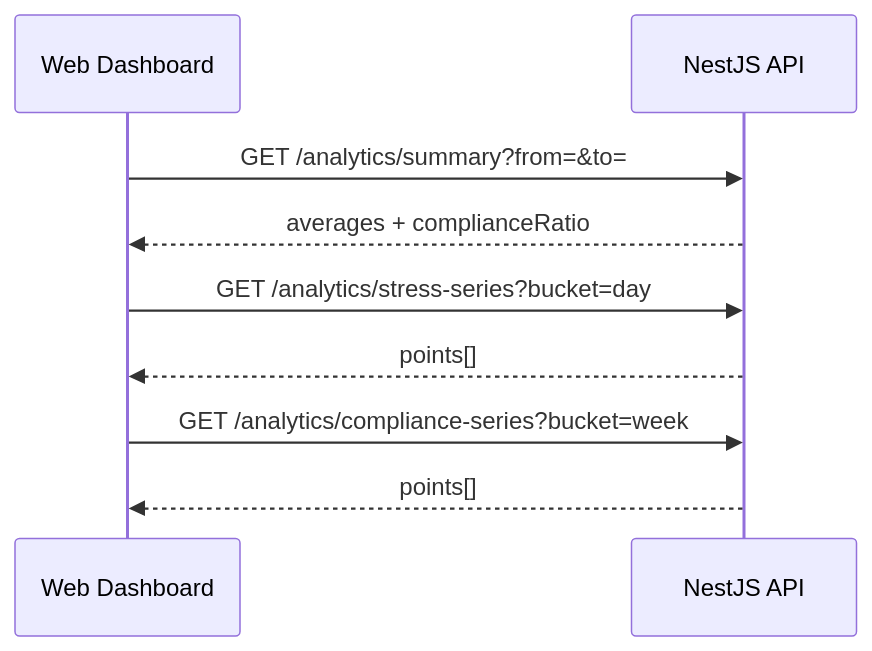
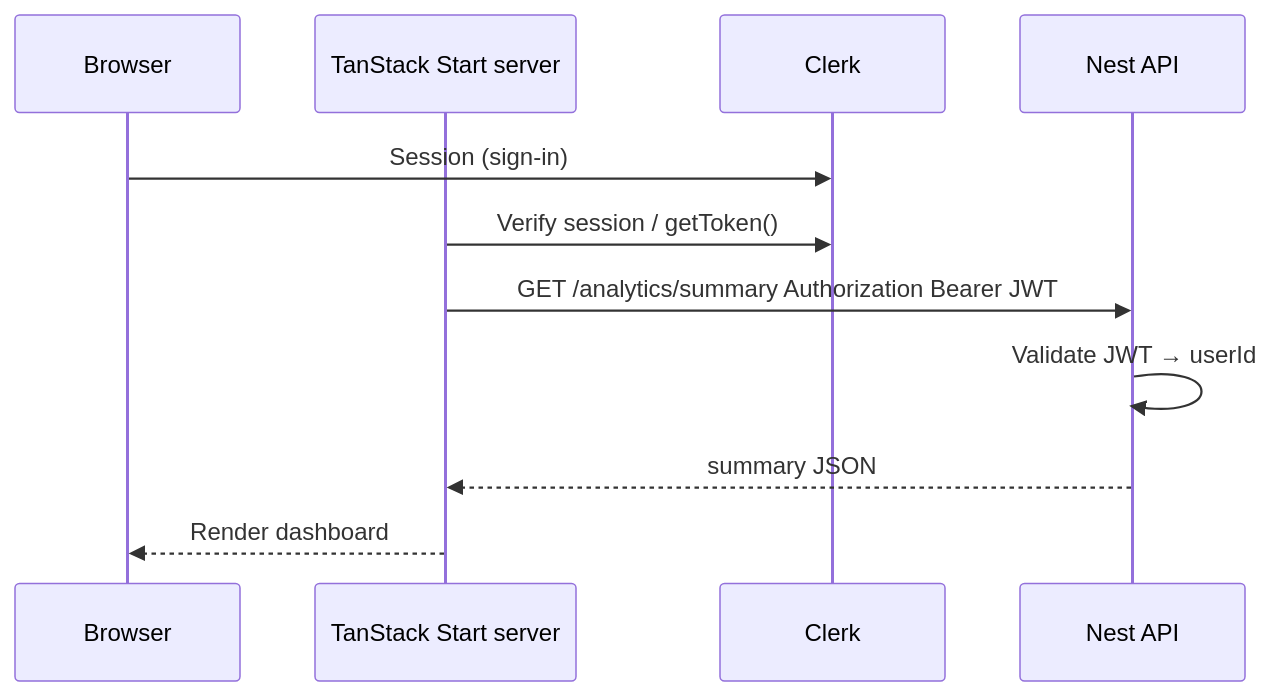
The third of 3 diagrams in apps/api/docs/API.md (Heydad-Helfer/aura), drawn with Mermaid before and after one commit. The commit also changed other lines of this file, not shown here.

Commit message:
Update API documentation to reflect changes in exercise assignment process, identifier conventions, and authentication methods. Introduce UUID v7 for time-ordered resources and clarify user profile endpoints and settings management.

````diff
--- a/apps/api/docs/API.md
+++ b/apps/api/docs/API.md
@@ -478,14 +597,14 @@
 ```mermaid
 sequenceDiagram
-  participant W as Web Dashboard
-  participant API as NestJS API
+  participant B as Browser
+  participant S as TanStack Start server
+  participant C as Clerk
+  participant API as Nest API
 
-  W->>API: GET /analytics/summary?from=&to=
-  API-->>W: averages + complianceRatio
-
-  W->>API: GET /analytics/stress-series?bucket=day
-  API-->>W: points[]
-
-  W->>API: GET /analytics/compliance-series?bucket=week
-  API-->>W: points[]
+  B->>C: Session (sign-in)
+  S->>C: Verify session / getToken()
+  S->>API: GET /analytics/summary Authorization Bearer JWT
+  API->>API: Validate JWT → userId
+  API-->>S: summary JSON
+  S-->>B: Render dashboard
 ```
````
